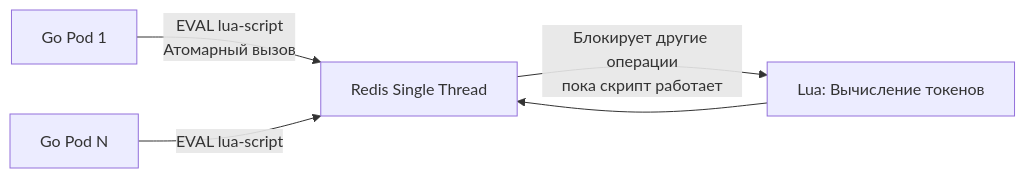
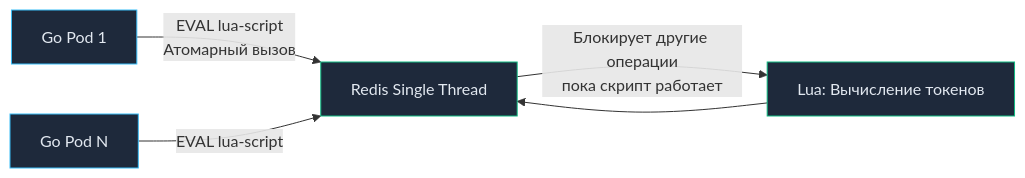
Before and after one commit to UnrealTemplier/go-textbook: the second of 2 diagrams in sources/10. Проектирование API и Сетевые протоколы/11. Rate limiting в API.md, drawn with Mermaid. The commit also changed other lines of this file, not shown here.

````diff
--- a/sources/10. Проектирование API и Сетевые протоколы/11. Rate limiting в API.md
+++ b/sources/10. Проектирование API и Сетевые протоколы/11. Rate limiting в API.md
@@ -84,7 +115,12 @@
 ```mermaid
 flowchart LR
     Go1["Go Pod 1"] -->|"EVAL lua-script<br>Атомарный вызов"| Redis["Redis Single Thread"]
     Go2["Go Pod N"] -->|"EVAL lua-script"| Redis
     Redis -->|"Блокирует другие операции<br>пока скрипт работает"| Calc["Lua: Вычисление токенов"]
     Calc --> Redis
+
+    classDef proc fill:#1e293b,stroke:#38bdf8,stroke-width:1px,color:#e2e8f0;
+    classDef fast fill:#1e293b,stroke:#10b981,stroke-width:1px,color:#e2e8f0;
+    class Go1,Go2 proc;
+    class Redis,Calc fast;
 ```
````
